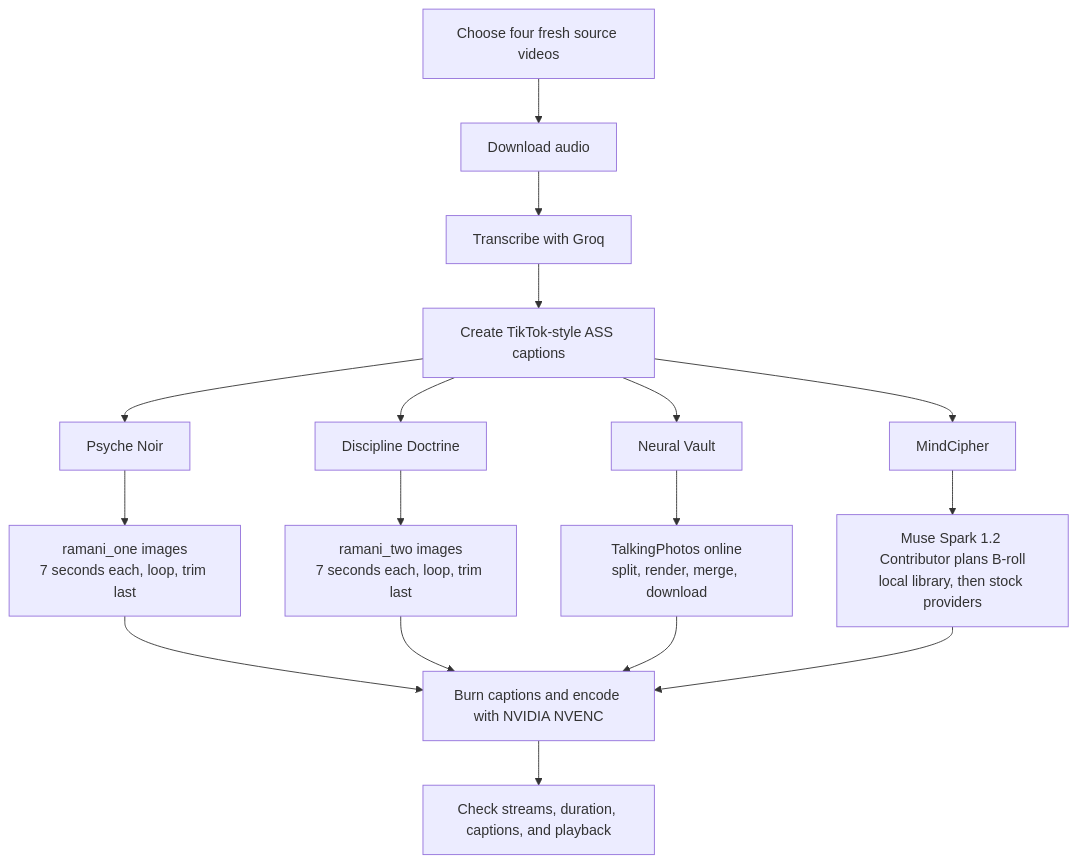
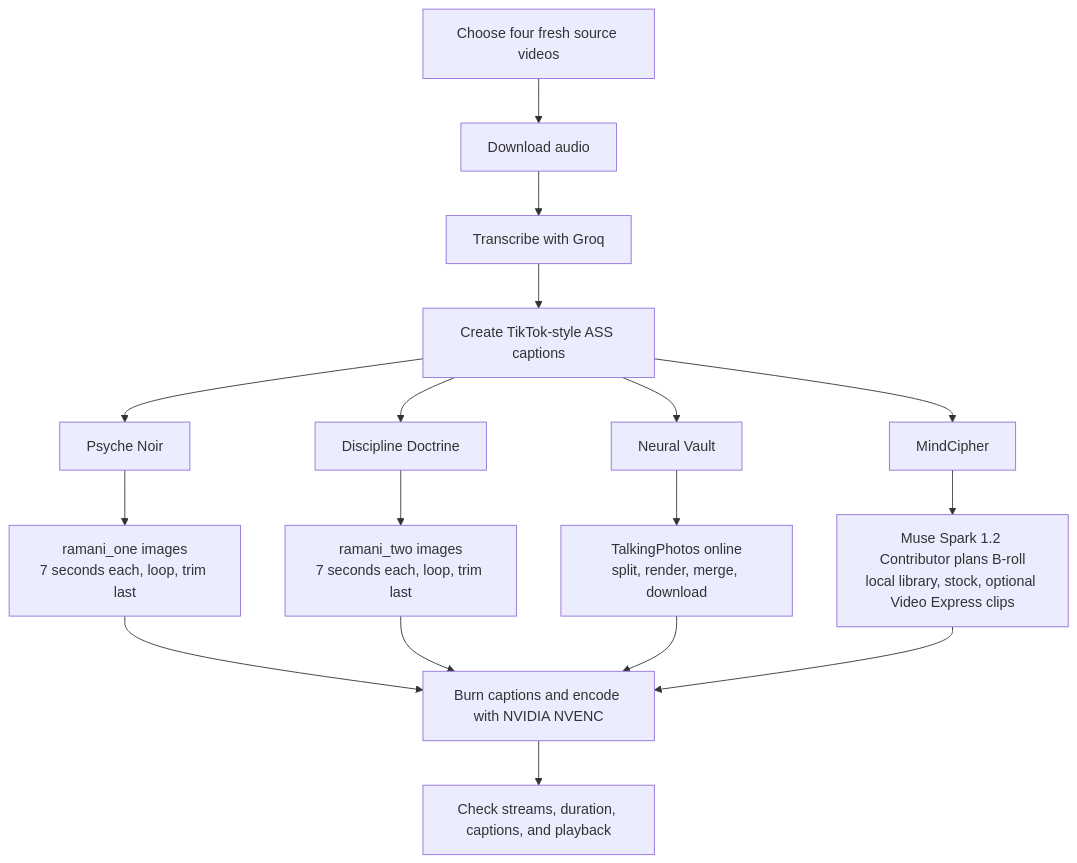
Before and after one commit to UmmeHoneySawda/mental-empire-studio: the diagram in docs/DAILY-VIDEO-PRODUCTION-RUNBOOK.md, drawn with Mermaid. The commit also changed other lines of this file and 56 other files, not shown here.

First line of the commit message:
Session work: Flow Music BGM skill, production scripts, docs and assets

````diff
--- a/docs/DAILY-VIDEO-PRODUCTION-RUNBOOK.md
+++ b/docs/DAILY-VIDEO-PRODUCTION-RUNBOOK.md
@@ -38,19 +39,19 @@
 ```mermaid
 flowchart TD
     A[Choose four fresh source videos] --> B[Download audio]
     B --> C[Transcribe with Groq]
     C --> D[Create TikTok-style ASS captions]
     D --> E1[Psyche Noir]
     D --> E2[Discipline Doctrine]
     D --> E3[Neural Vault]
     D --> E4[MindCipher]
     E1 --> F1[ramani_one images\n7 seconds each, loop, trim last]
     E2 --> F2[ramani_two images\n7 seconds each, loop, trim last]
     E3 --> F3[TalkingPhotos online\nsplit, render, merge, download]
-    E4 --> F4[Muse Spark 1.2 Contributor plans B-roll\nlocal library, then stock providers]
+    E4 --> F4[Muse Spark 1.2 Contributor plans B-roll\nlocal library, stock, optional Video Express clips]
     F1 --> G[Burn captions and encode with NVIDIA NVENC]
     F2 --> G
     F3 --> G
     F4 --> G
     G --> H[Check streams, duration, captions, and playback]
 ```
````
